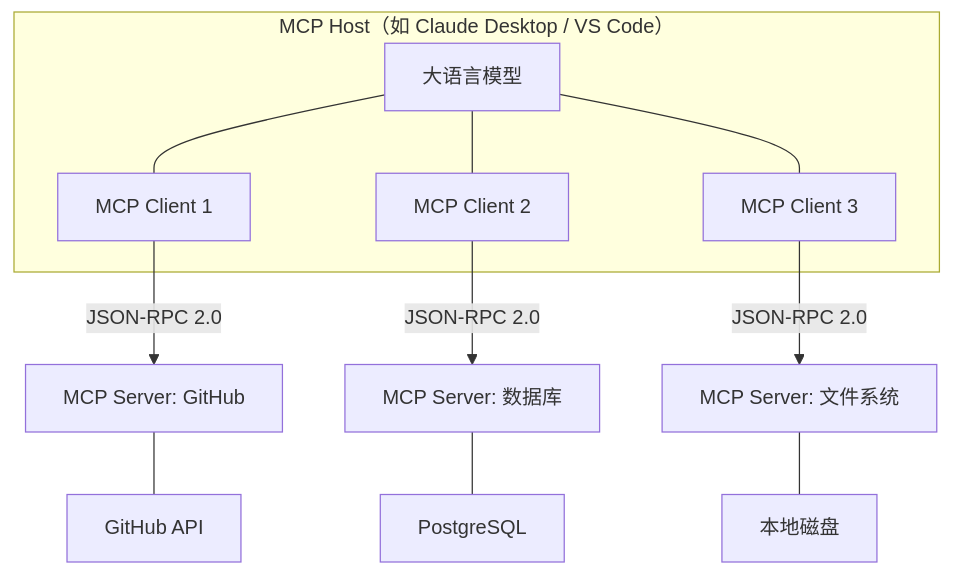
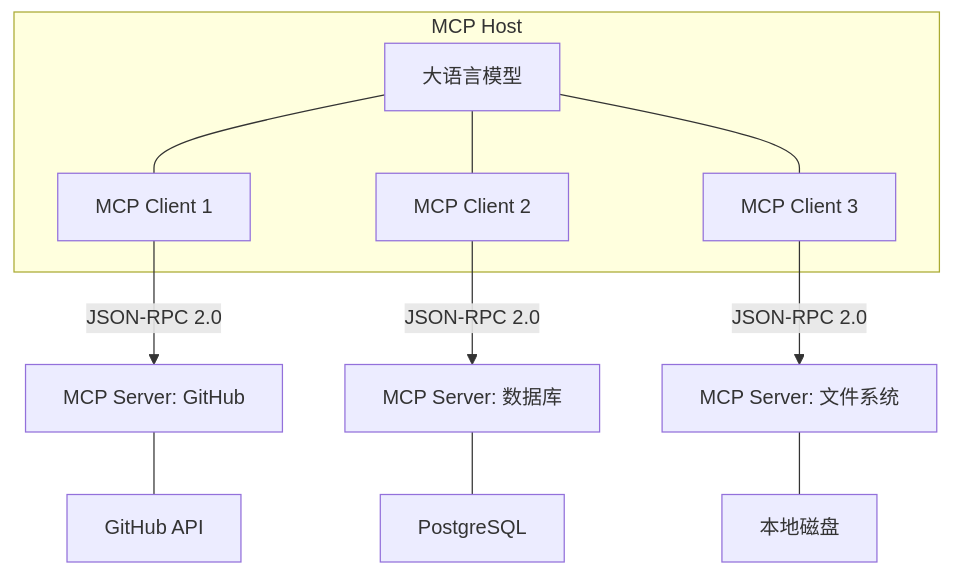
Before and after one commit to ifnodoraemon/ifnodoraemon.github.io: the third of 7 diagrams in content/zh/articles/mcp-guide.md, drawn with Mermaid. The commit also changed other lines of this file and 1 other file, not shown here.

First line of the commit message:
fix(articles): replace Mermaid & syntax with explicit connections

````diff
--- a/content/zh/articles/mcp-guide.md
+++ b/content/zh/articles/mcp-guide.md
@@ -44,16 +52,18 @@
 ```mermaid
 graph TB
-    subgraph Host["MCP Host（如 Claude Desktop / VS Code）"]
+    subgraph Host["MCP Host"]
         LLM["大语言模型"]
         C1["MCP Client 1"]
         C2["MCP Client 2"]
         C3["MCP Client 3"]
-        LLM --- C1 & C2 & C3
+        LLM --- C1
+        LLM --- C2
+        LLM --- C3
     end
     C1 -- "JSON-RPC 2.0" --> S1["MCP Server: GitHub"]
     C2 -- "JSON-RPC 2.0" --> S2["MCP Server: 数据库"]
     C3 -- "JSON-RPC 2.0" --> S3["MCP Server: 文件系统"]
     S1 --- R1["GitHub API"]
     S2 --- R2["PostgreSQL"]
     S3 --- R3["本地磁盘"]
 ```
````
